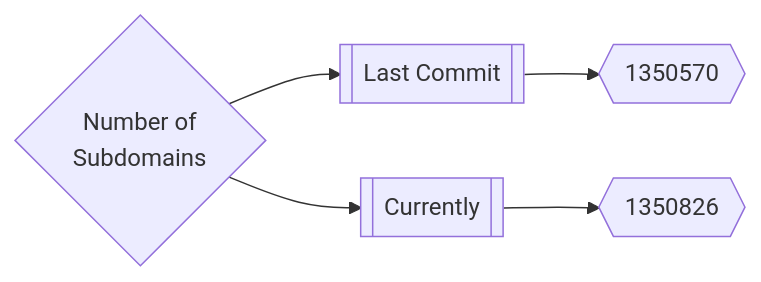
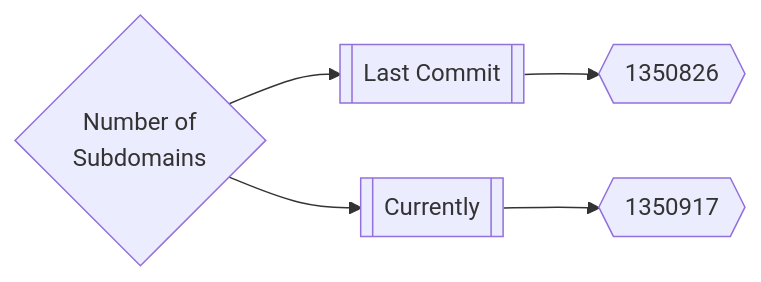
The first of 3 diagrams in README.md (trickest/inventory), drawn with Mermaid before and after one commit. The commit also changed other lines of this file and 10 other files, not shown here.

````diff
--- a/README.md
+++ b/README.md
@@ -165,5 +165,5 @@
 ```mermaid
 graph LR
-title{Number of<br>Subdomains} --> subdomainsDate1[[Last Commit]] --> subdomainsNum1{{1350570}}
-title --> subdomainsDate2[[Currently]] --> subdomainsNum2{{1350826}}
+title{Number of<br>Subdomains} --> subdomainsDate1[[Last Commit]] --> subdomainsNum1{{1350826}}
+title --> subdomainsDate2[[Currently]] --> subdomainsNum2{{1350917}}
 ```
````
